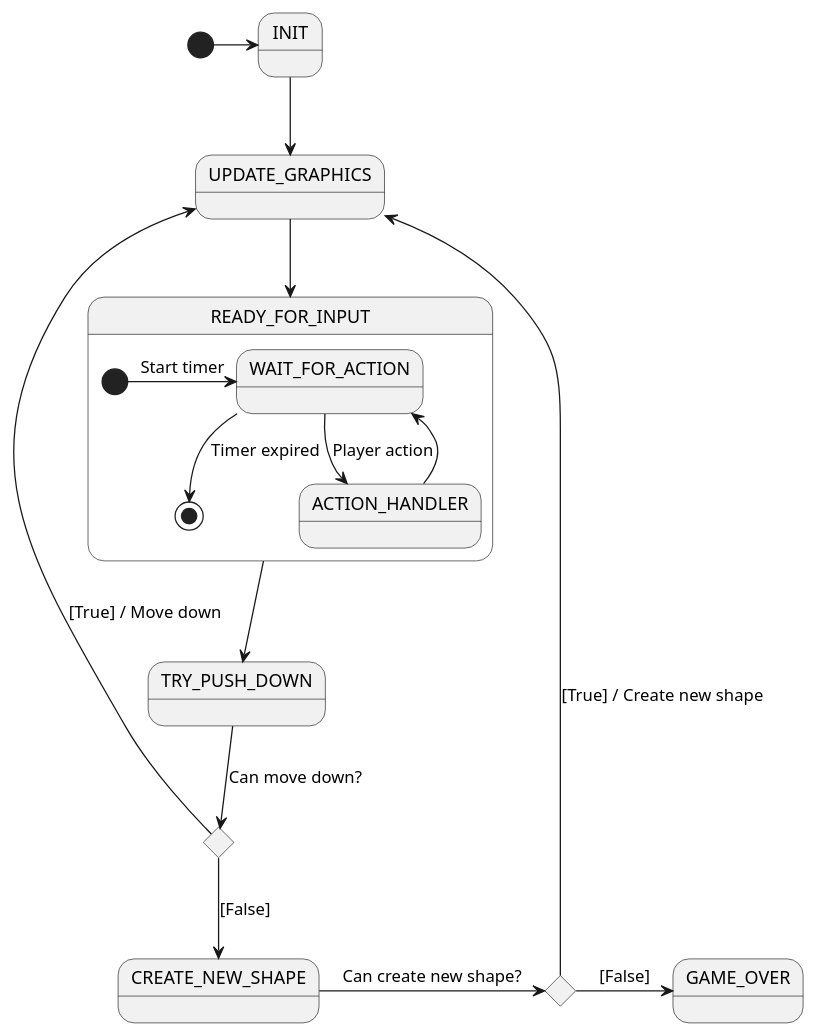
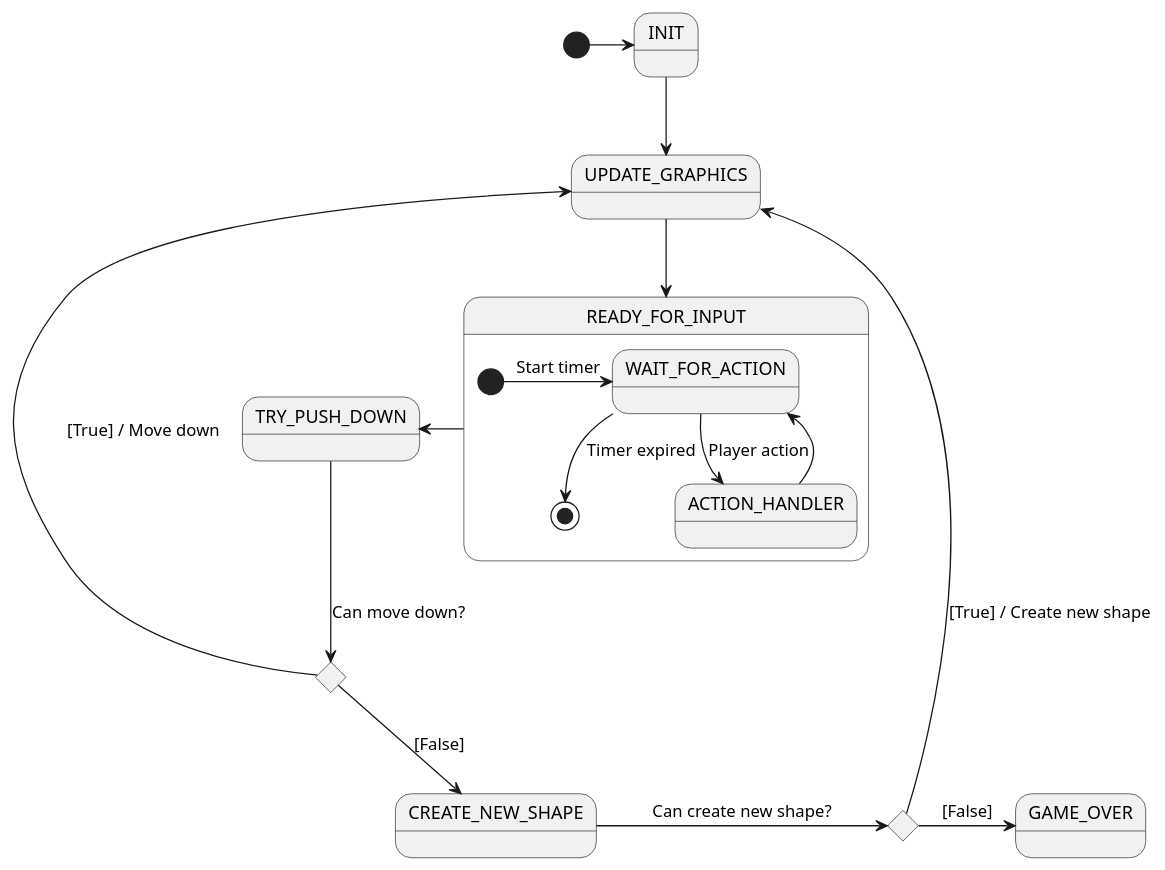
One commit to Yoda92/AMS_TETRIS changed the diagram in diagrams/stm_tetris.wsd. Above: the diagram before and after it, drawn with PlantUML. The commit also changed 4 other files, not shown here.

```diff
--- a/diagrams/stm_tetris.wsd
+++ b/diagrams/stm_tetris.wsd
@@ -1,26 +1,26 @@
 @startuml
 
     state C1 <<choice>>
     state C2 <<choice>>
     
     [*] -> INIT
     INIT --> UPDATE_GRAPHICS
     UPDATE_GRAPHICS --> READY_FOR_INPUT
-    READY_FOR_INPUT --> TRY_PUSH_DOWN
+    READY_FOR_INPUT -> TRY_PUSH_DOWN
 
     TRY_PUSH_DOWN --> C1 : Can move down?
     C1 --> UPDATE_GRAPHICS : [True] / Move down
     C1 --> CREATE_NEW_SHAPE : [False]
 
     CREATE_NEW_SHAPE -> C2 : Can create new shape?
     C2 --> UPDATE_GRAPHICS : [True] / Create new shape
     C2 -> GAME_OVER : [False]
 
     state READY_FOR_INPUT {
         [*] -> WAIT_FOR_ACTION : Start timer
         WAIT_FOR_ACTION --> [*] : Timer expired
         WAIT_FOR_ACTION --> ACTION_HANDLER : Player action
         ACTION_HANDLER --> WAIT_FOR_ACTION
     }
 
 @enduml
```
